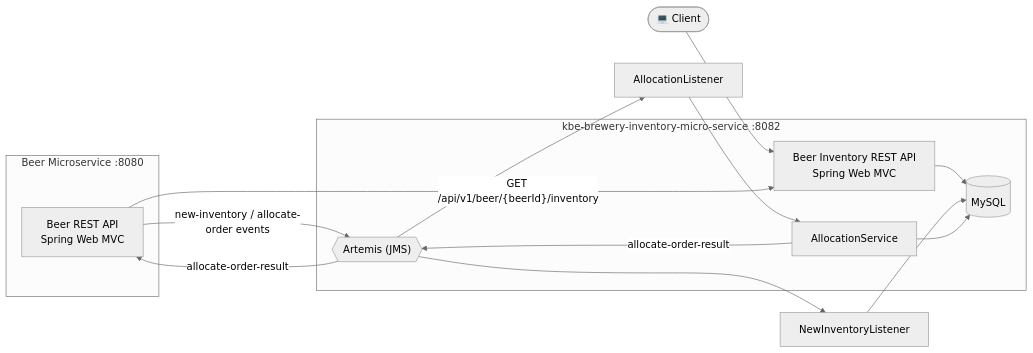
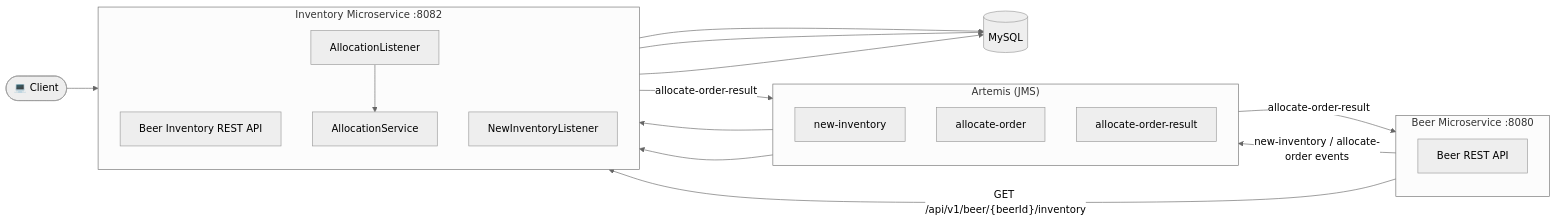
Before and after one commit to dboeckli/kbe-brewery-inventory-micro-service: the diagram in README.md, drawn with Mermaid (neutral theme).

Commit message:
docs: update architecture diagram in README to include queue details and improve clarity

````diff
--- a/README.md
+++ b/README.md
@@ -14,27 +14,38 @@
 ```mermaid
 graph LR
     Client(["💻 Client"])
 
     subgraph Beer ["Beer Microservice :8080"]
-        BeerAPI["Beer REST API\nSpring Web MVC"]
+        direction TB
+        BeerAPI["Beer REST API"]
     end
 
-    subgraph Inventory ["kbe-brewery-inventory-micro-service :8082"]
-        InvAPI["Beer Inventory REST API\nSpring Web MVC"]
-        MySQL[("MySQL")]
-        Artemis{{"Artemis (JMS)"}}
+    subgraph Artemis ["Artemis (JMS)"]
+        direction TB
+        NewInvQ["new-inventory"]
+        AllocQ["allocate-order"]
+        AllocResultQ["allocate-order-result"]
+    end
+
+    subgraph Inventory ["Inventory Microservice :8082"]
+        direction TB
+        InvAPI["Beer Inventory REST API"]
+        NewInv["NewInventoryListener"]
+        AllocListener["AllocationListener"]
         Alloc["AllocationService"]
     end
+
+    MySQL[("MySQL")]
 
     Client --> InvAPI
     BeerAPI -->|"GET /api/v1/beer/{beerId}/inventory"| InvAPI
     InvAPI --> MySQL
     BeerAPI -->|"new-inventory / allocate-order events"| Artemis
-    Artemis --> NewInv["NewInventoryListener"]
-    Artemis --> AllocListener["AllocationListener"]
+    NewInvQ --> NewInv
+    AllocQ --> AllocListener
     NewInv --> MySQL
     AllocListener --> Alloc
     Alloc --> MySQL
-    Alloc -->|"allocate-order-result"| Artemis
-    Artemis -->|"allocate-order-result"| BeerAPI
+    Alloc -->|"allocate-order-result"| AllocResultQ
+    AllocResultQ -->|"allocate-order-result"| BeerAPI
 ```
````
